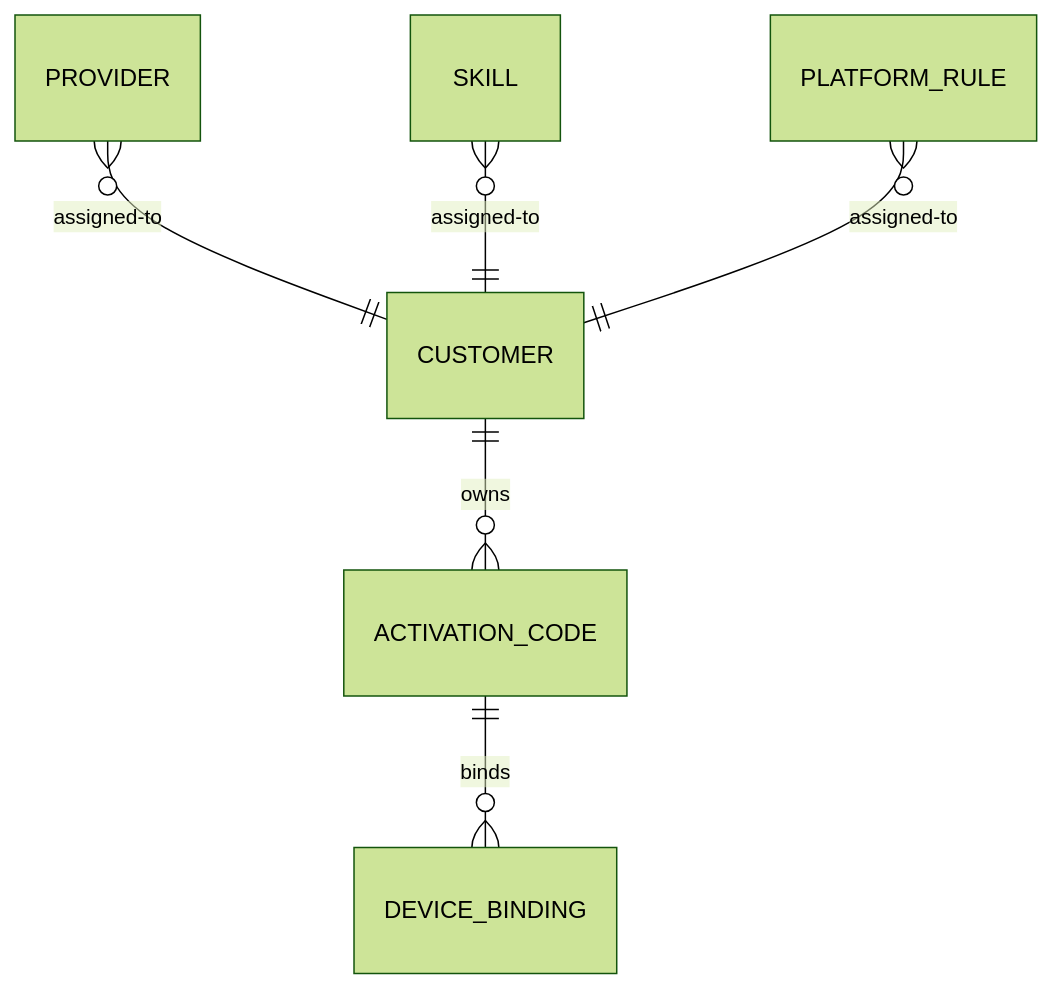
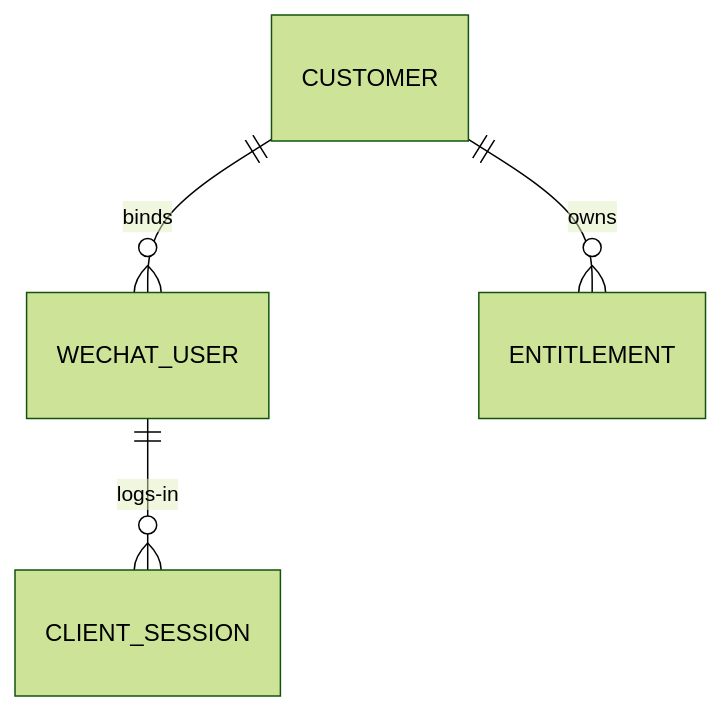
Before and after one commit to axgiroud312-byte/tengyu-aipod: the fourth of 4 diagrams in docs/PROJECT_TOUR.md, drawn with Mermaid (forest theme). The commit also changed other lines of this file and 117 other files, not shown here.

````diff
--- a/docs/PROJECT_TOUR.md
+++ b/docs/PROJECT_TOUR.md
@@ -259,8 +258,6 @@
 ```mermaid
 erDiagram
-    CUSTOMER ||--o{ ACTIVATION_CODE : owns
-    ACTIVATION_CODE ||--o{ DEVICE_BINDING : binds
-    PROVIDER }o--|| CUSTOMER : assigned-to
-    SKILL }o--|| CUSTOMER : assigned-to
-    PLATFORM_RULE }o--|| CUSTOMER : assigned-to
+    CUSTOMER ||--o{ WECHAT_USER : binds
+    CUSTOMER ||--o{ ENTITLEMENT : owns
+    WECHAT_USER ||--o{ CLIENT_SESSION : logs-in
 ```
````
